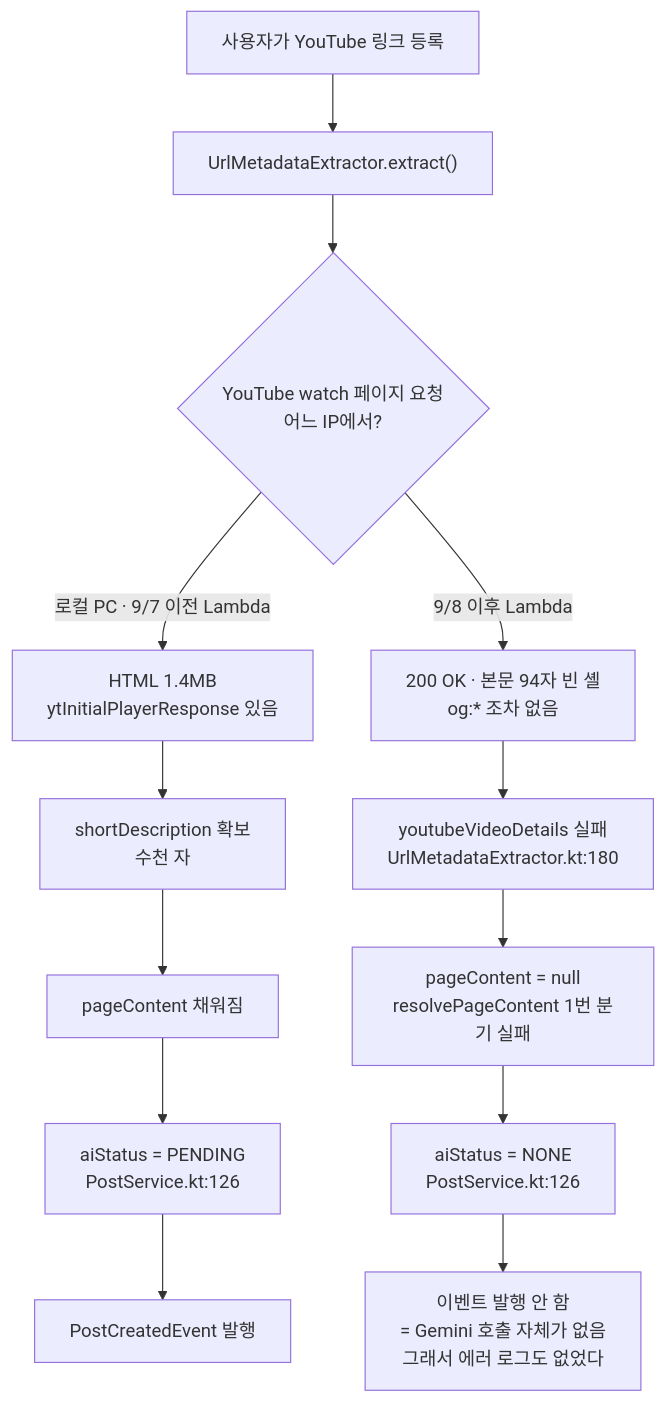
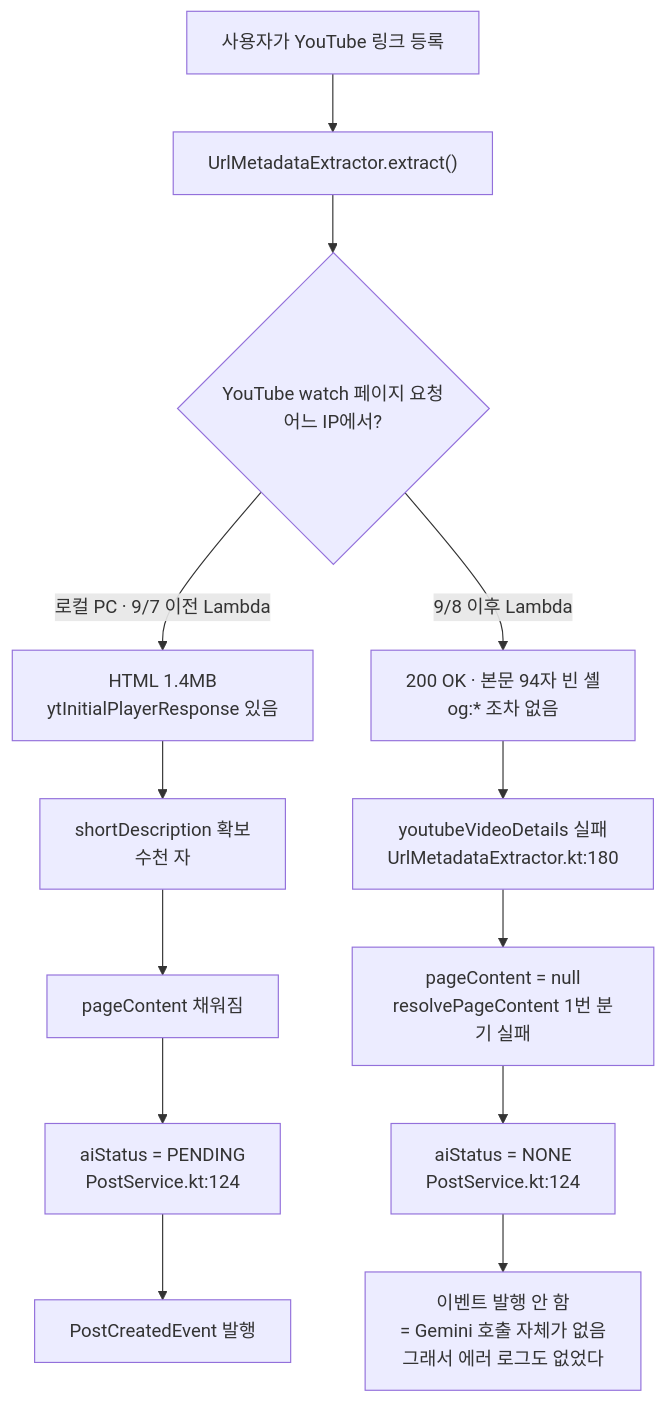
The first of 3 diagrams in docs/AI-ASYNC-PROCESSING.md (BAECHAN/link-sphere_BE_NEW), drawn with Mermaid before and after one commit. The commit also changed 44 other files, not shown here.

````diff
--- a/docs/AI-ASYNC-PROCESSING.md
+++ b/docs/AI-ASYNC-PROCESSING.md
@@ -549,20 +549,20 @@
 ```mermaid
 flowchart TD
     A["사용자가 YouTube 링크 등록"] --> B["UrlMetadataExtractor.extract()"]
     B --> C{"YouTube watch 페이지 요청<br/>어느 IP에서?"}
 
     C -->|"로컬 PC · 9/7 이전 Lambda"| D["HTML 1.4MB<br/>ytInitialPlayerResponse 있음"]
     C -->|"9/8 이후 Lambda"| E["200 OK · 본문 94자 빈 셸<br/>og:* 조차 없음"]
 
     D --> F["shortDescription 확보<br/>수천 자"]
     E --> G["youtubeVideoDetails 실패<br/>UrlMetadataExtractor.kt:180"]
 
     F --> H["pageContent 채워짐"]
     G --> I["pageContent = null<br/>resolvePageContent 1번 분기 실패"]
 
-    H --> J["aiStatus = PENDING<br/>PostService.kt:126"]
-    I --> K["aiStatus = NONE<br/>PostService.kt:126"]
+    H --> J["aiStatus = PENDING<br/>PostService.kt:124"]
+    I --> K["aiStatus = NONE<br/>PostService.kt:124"]
 
     J --> L["PostCreatedEvent 발행"]
     K --> M["이벤트 발행 안 함<br/>= Gemini 호출 자체가 없음<br/>그래서 에러 로그도 없었다"]
 ```
````
